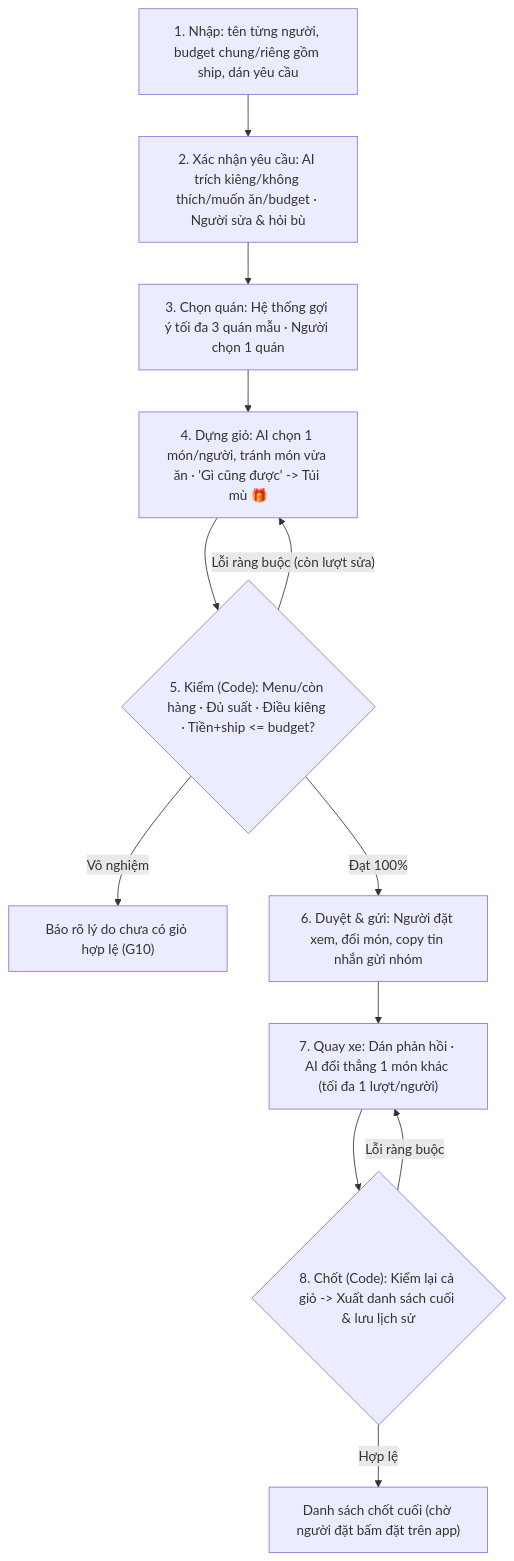
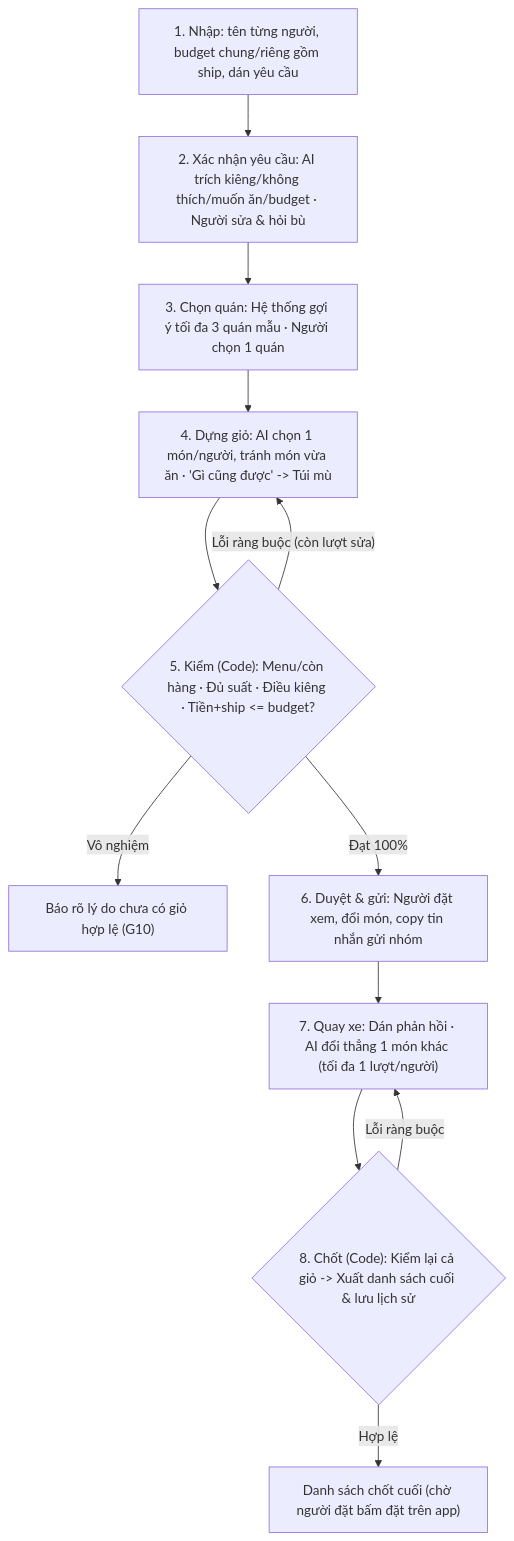
Before and after one commit to TDM414/K5-Day15-L3B-Opus: the diagram in docs/PIPELINE.md, drawn with Mermaid. The commit also changed other lines of this file and 18 other files, not shown here.

````diff
--- a/docs/PIPELINE.md
+++ b/docs/PIPELINE.md
@@ -20,14 +20,14 @@
 ```mermaid
 flowchart TD
     S1["1. Nhập: tên từng người, budget chung/riêng gồm ship, dán yêu cầu"] --> S2["2. Xác nhận yêu cầu: AI trích kiêng/không thích/muốn ăn/budget · Người sửa & hỏi bù"]
     S2 --> S3["3. Chọn quán: Hệ thống gợi ý tối đa 3 quán mẫu · Người chọn 1 quán"]
-    S3 --> S4["4. Dựng giỏ: AI chọn 1 món/người, tránh món vừa ăn · 'Gì cũng được' -> Túi mù 🎁"]
+    S3 --> S4["4. Dựng giỏ: AI chọn 1 món/người, tránh món vừa ăn · 'Gì cũng được' -> Túi mù"]
     S4 --> S5{"5. Kiểm (Code): Menu/còn hàng · Đủ suất · Điều kiêng · Tiền+ship <= budget?"}
     S5 -- "Lỗi ràng buộc (còn lượt sửa)" --> S4
     S5 -- "Vô nghiệm" --> FAIL["Báo rõ lý do chưa có giỏ hợp lệ (G10)"]
     S5 -- "Đạt 100%" --> S6["6. Duyệt & gửi: Người đặt xem, đổi món, copy tin nhắn gửi nhóm"]
     S6 --> S7["7. Quay xe: Dán phản hồi · AI đổi thẳng 1 món khác (tối đa 1 lượt/người)"]
     S7 --> S8{"8. Chốt (Code): Kiểm lại cả giỏ -> Xuất danh sách cuối & lưu lịch sử"}
     S8 -- "Lỗi ràng buộc" --> S7
     S8 -- "Hợp lệ" --> DONE["Danh sách chốt cuối (chờ người đặt bấm đặt trên app)"]
 ```
````
